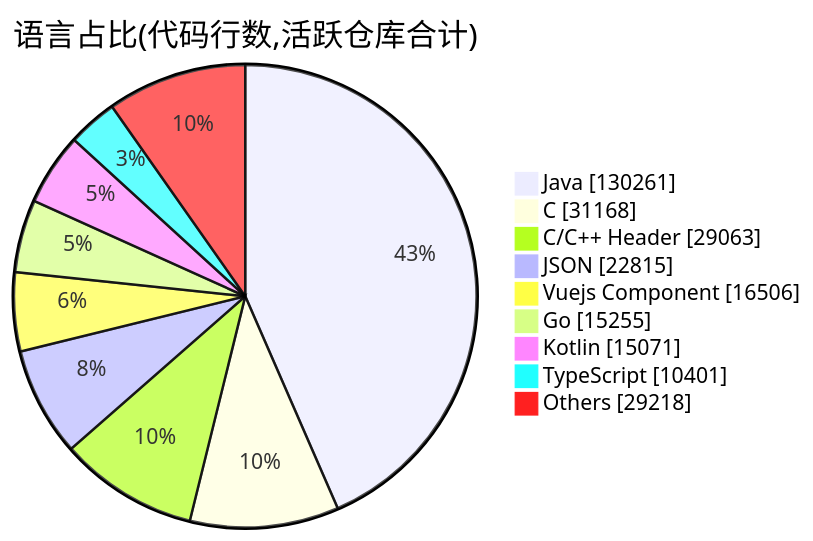
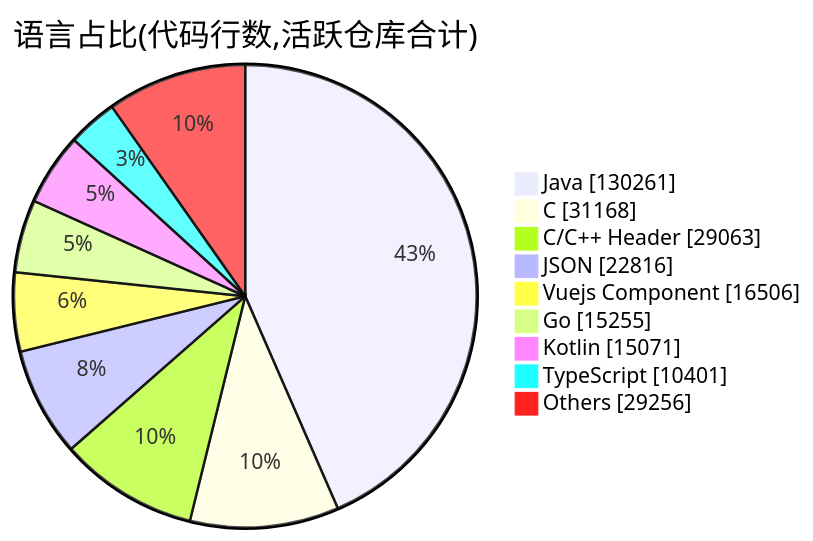
The second of 2 diagrams in profile/README.md (Conflux-Union/.github), drawn with Mermaid before and after one commit. The commit also changed other lines of this file and 1 other file, not shown here.

````diff
--- a/profile/README.md
+++ b/profile/README.md
@@ -80,13 +80,13 @@
 ```mermaid
 pie showData
     title 语言占比(代码行数,活跃仓库合计)
     "Java" : 130261
     "C" : 31168
     "C/C++ Header" : 29063
-    "JSON" : 22815
+    "JSON" : 22816
     "Vuejs Component" : 16506
     "Go" : 15255
     "Kotlin" : 15071
     "TypeScript" : 10401
-    "Others" : 29218
+    "Others" : 29256
 ```
````
